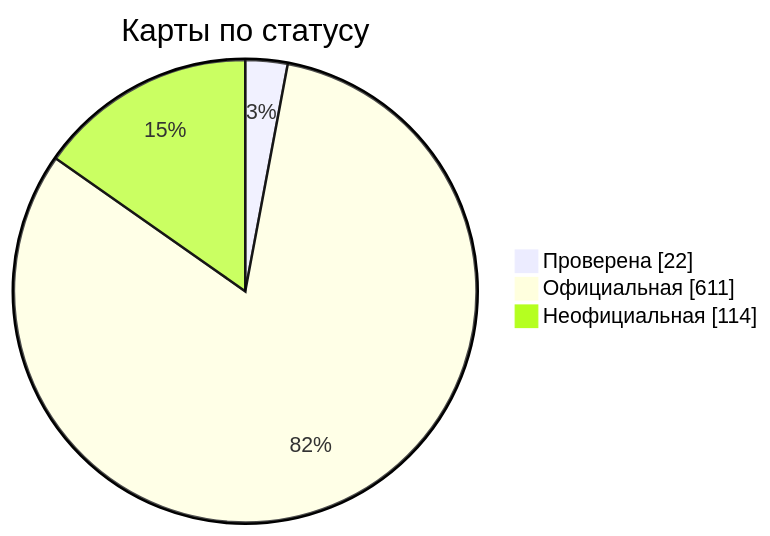
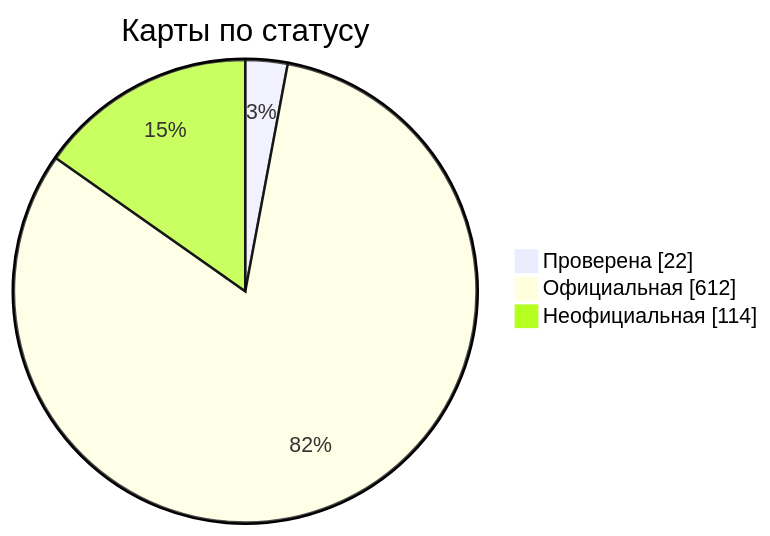
The diagram in docs/readme/README_RU.md (nobrega8/mbmap-library), drawn with Mermaid before and after one commit. The commit also changed 6 other files, not shown here.

````diff
--- a/docs/readme/README_RU.md
+++ b/docs/readme/README_RU.md
@@ -54,7 +54,7 @@
 ```mermaid
 pie showData
     title Карты по статусу
     "Проверена" : 22
-    "Официальная" : 611
+    "Официальная" : 612
     "Неофициальная" : 114
 ```
````
